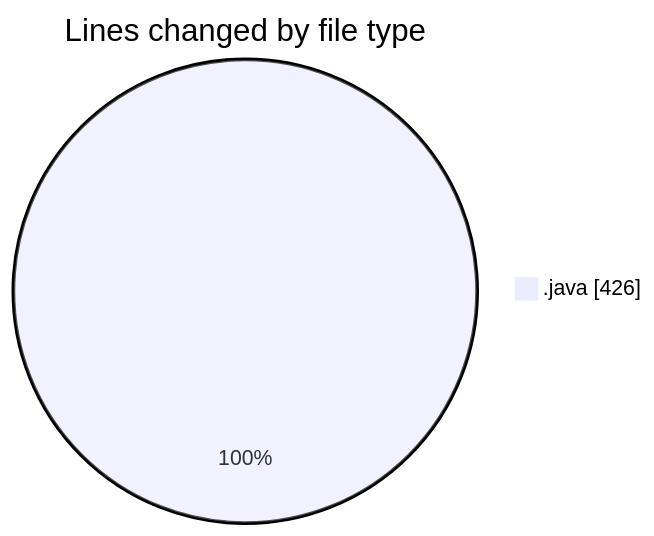
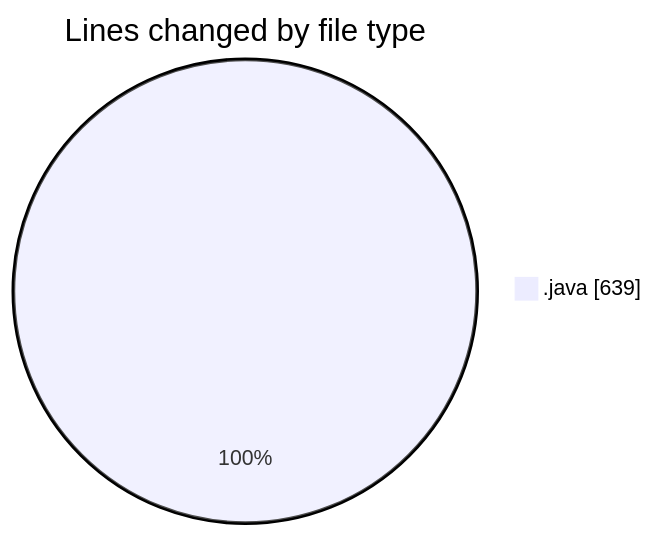
One commit to ricardozamudiocil/code-tracking changed the first of 2 diagrams in 2026-05-12/cilapp/README.md. Above: the diagram before and after it, drawn with Mermaid. The commit also changed other lines of this file and 1 other file, not shown here.

````diff
--- a/2026-05-12/cilapp/README.md
+++ b/2026-05-12/cilapp/README.md
@@ -23,5 +23,5 @@
 ```mermaid
 pie showData
 title Lines changed by file type
-".java" : 426
+".java" : 639
 ```
````
